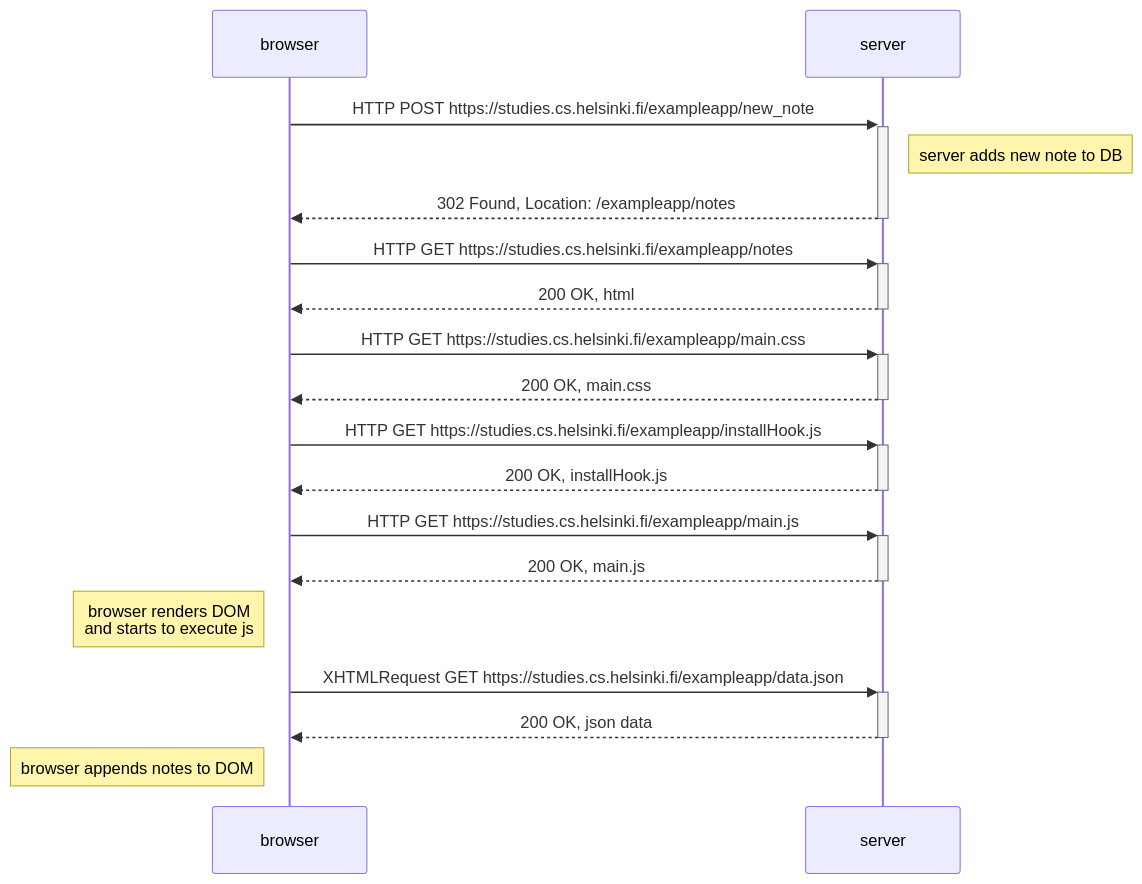
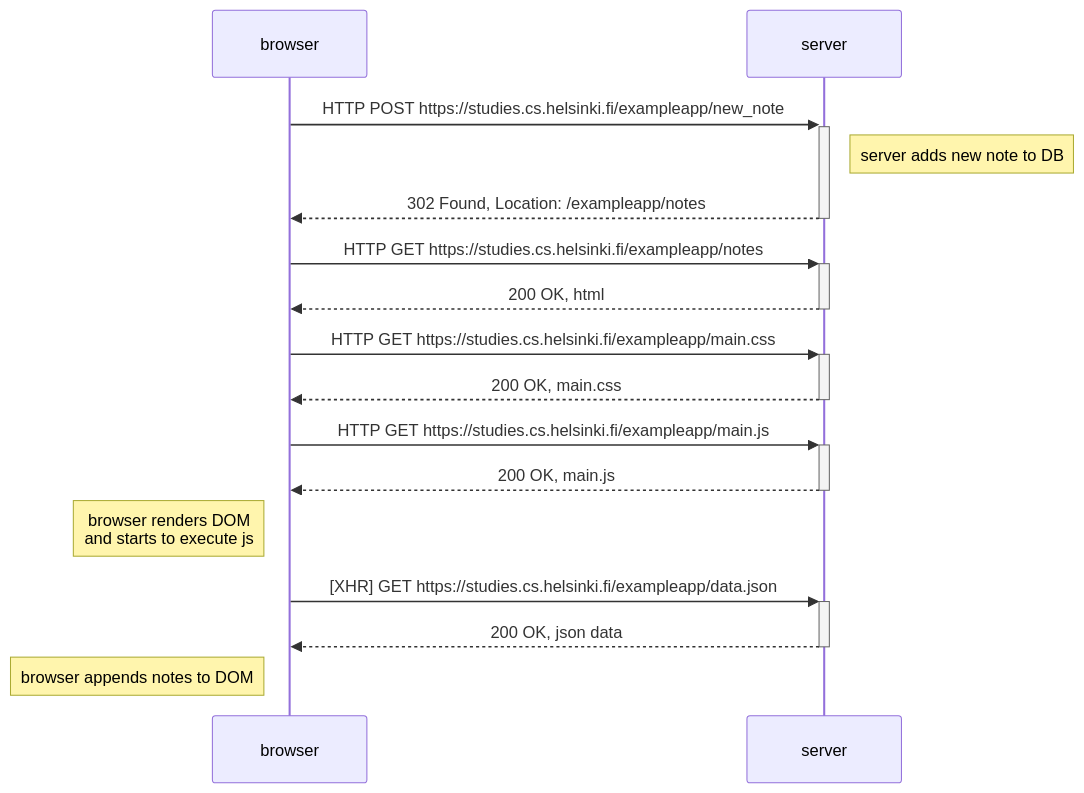
Before and after one commit to luomanss/fullstack_2023: the diagram in part0/new_note.md, drawn with Mermaid. The commit also changed 2 other files, not shown here.

Commit message:
Added part0 spa-versions

````diff
--- a/part0/new_note.md
+++ b/part0/new_note.md
@@ -1,33 +1,30 @@
 ```mermaid
 sequenceDiagram
     participant browser
     participant server
     
     browser->>+server: HTTP POST https://studies.cs.helsinki.fi/exampleapp/new_note
 
     Note right of server: server adds new note to DB
 
     server-->>-browser: 302 Found, Location: /exampleapp/notes
 
     browser->>+server: HTTP GET https://studies.cs.helsinki.fi/exampleapp/notes
     server-->>-browser: 200 OK, html
 
     browser->>+server: HTTP GET https://studies.cs.helsinki.fi/exampleapp/main.css
     server-->>-browser: 200 OK, main.css
 
-    browser->>+server: HTTP GET https://studies.cs.helsinki.fi/exampleapp/installHook.js
-    server-->>-browser: 200 OK, installHook.js
-
     browser->>+server: HTTP GET https://studies.cs.helsinki.fi/exampleapp/main.js
     server-->>-browser: 200 OK, main.js
 
     Note left of browser: browser renders DOM<br/> and starts to execute js
 
-    browser->>+server: XHTMLRequest GET https://studies.cs.helsinki.fi/exampleapp/data.json
+    browser->>+server: [XHR] GET https://studies.cs.helsinki.fi/exampleapp/data.json
 
     server-->>-browser: 200 OK, json data
 
     Note left of browser: browser appends notes to DOM
 
 
 ```
````
